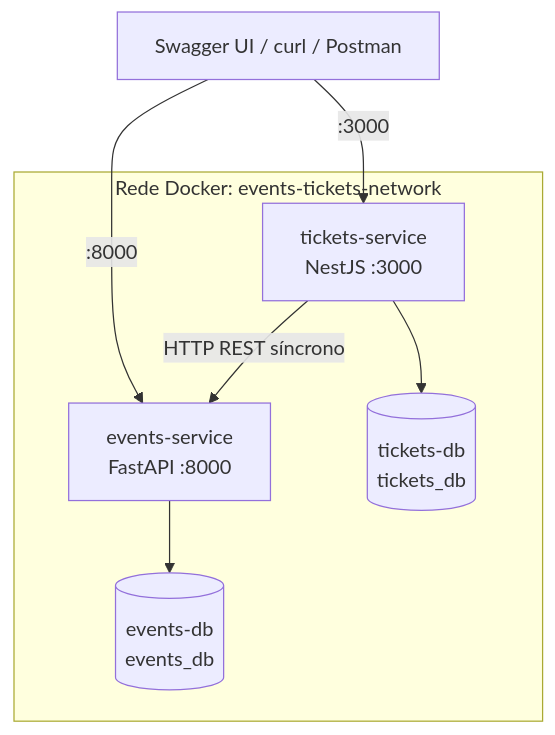
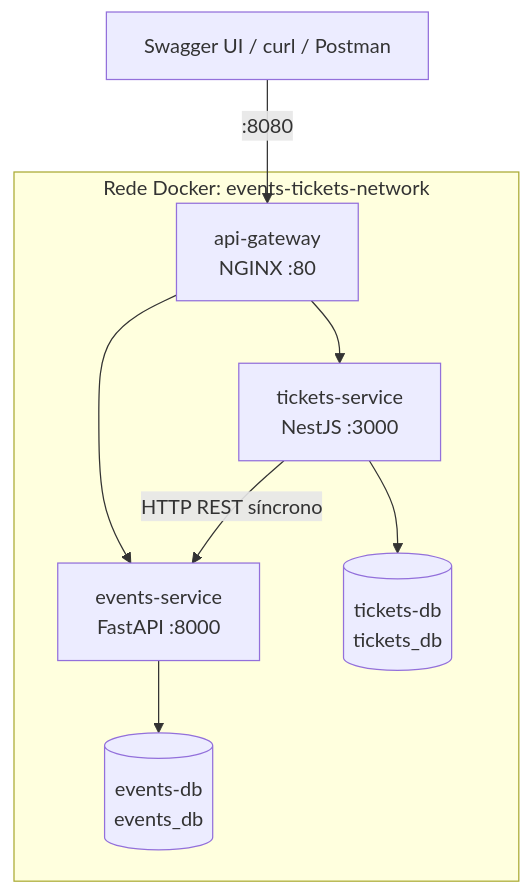
The diagram in docs/arquitetura.md (Igor-Lazarin-Oliani/events-tickets-ms), drawn with Mermaid before and after one commit. The commit also changed other lines of this file and 13 other files, not shown here.

Commit message:
feat: adiciona API Gateway NGINX como entrada única e protege as rotas internas de vagas

````diff
--- a/docs/arquitetura.md
+++ b/docs/arquitetura.md
@@ -20,15 +23,17 @@
 ```mermaid
 flowchart TB
     cliente["Swagger UI / curl / Postman"]
     subgraph rede["Rede Docker: events-tickets-network"]
+        gateway["api-gateway<br/>NGINX :80"]
         events["events-service<br/>FastAPI :8000"]
         tickets["tickets-service<br/>NestJS :3000"]
         eventsdb[("events-db<br/>events_db")]
         ticketsdb[("tickets-db<br/>tickets_db")]
     end
-    cliente -->|":8000"| events
-    cliente -->|":3000"| tickets
+    cliente -->|":8080"| gateway
+    gateway --> events
+    gateway --> tickets
     tickets -->|"HTTP REST síncrono"| events
     events --> eventsdb
     tickets --> ticketsdb
 ```
````
